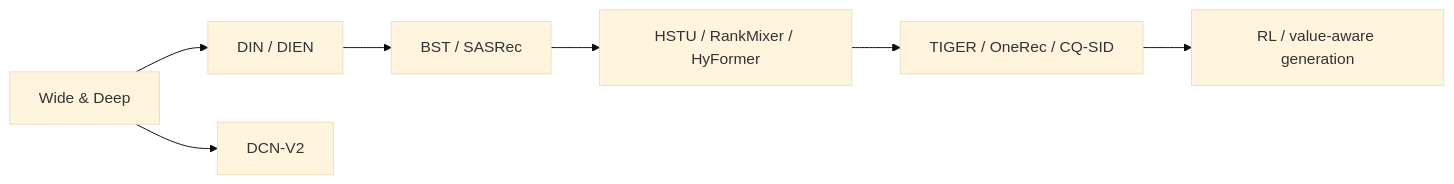
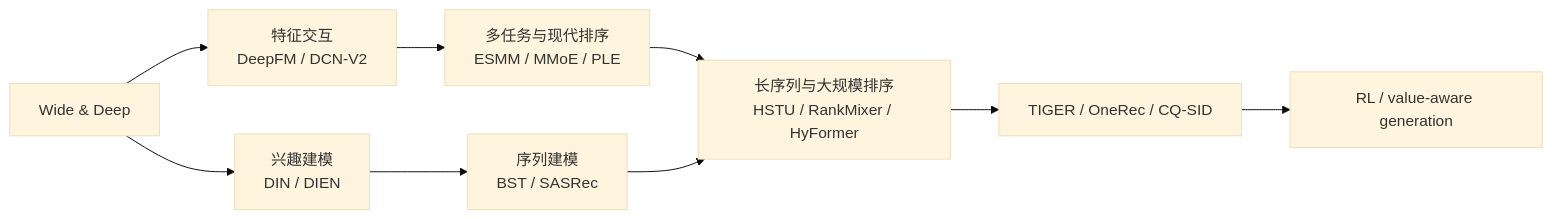
The first of 2 diagrams in docs/research-lineage.md (daiwk/auto-research), drawn with Mermaid (base theme) before and after one commit. The commit also changed 6 other files, not shown here.

````diff
--- a/docs/research-lineage.md
+++ b/docs/research-lineage.md
@@ -16,9 +16,11 @@
 ```mermaid
 flowchart LR
-  W["Wide & Deep"] --> D["DIN / DIEN"]
-  W --> C["DCN-V2"]
-  D --> B["BST / SASRec"]
-  B --> H["HSTU / RankMixer / HyFormer"]
+  W["Wide & Deep"] --> F["特征交互<br/>DeepFM / DCN-V2"]
+  W --> I["兴趣建模<br/>DIN / DIEN"]
+  F --> M["多任务与现代排序<br/>ESMM / MMoE / PLE"]
+  I --> S["序列建模<br/>BST / SASRec"]
+  M --> H["长序列与大规模排序<br/>HSTU / RankMixer / HyFormer"]
+  S --> H
   H --> G["TIGER / OneRec / CQ-SID"]
   G --> R["RL / value-aware generation"]
 ```
````
